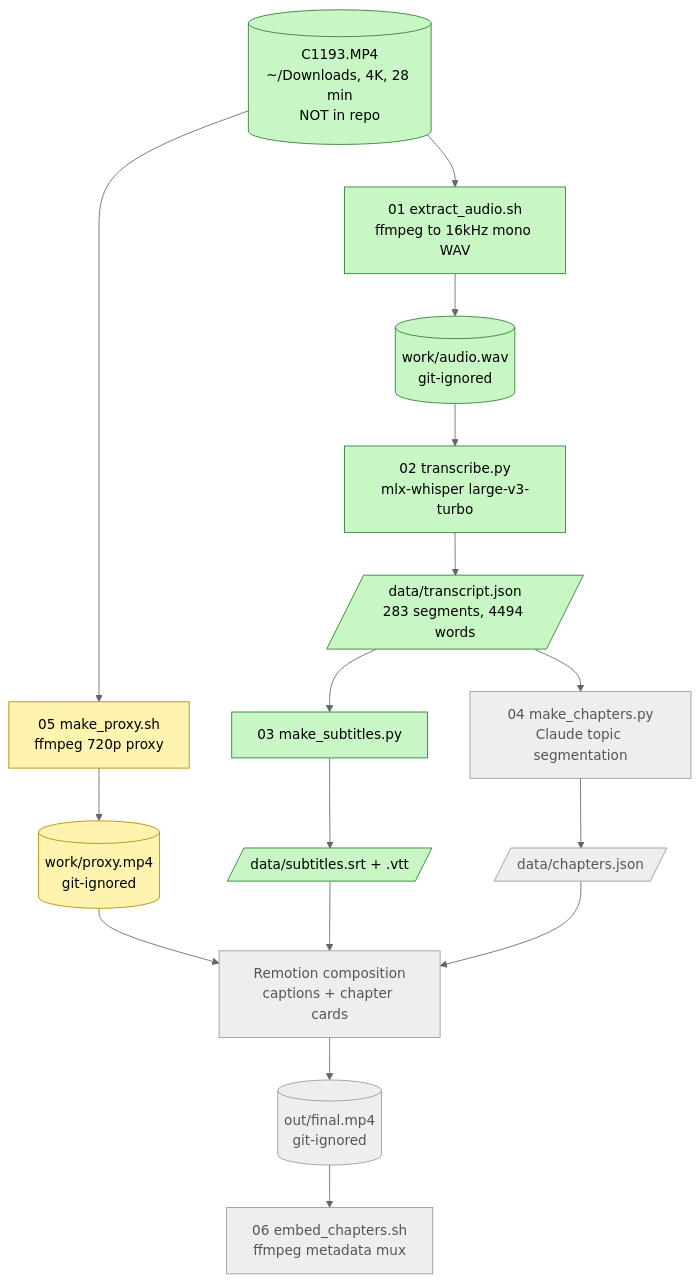
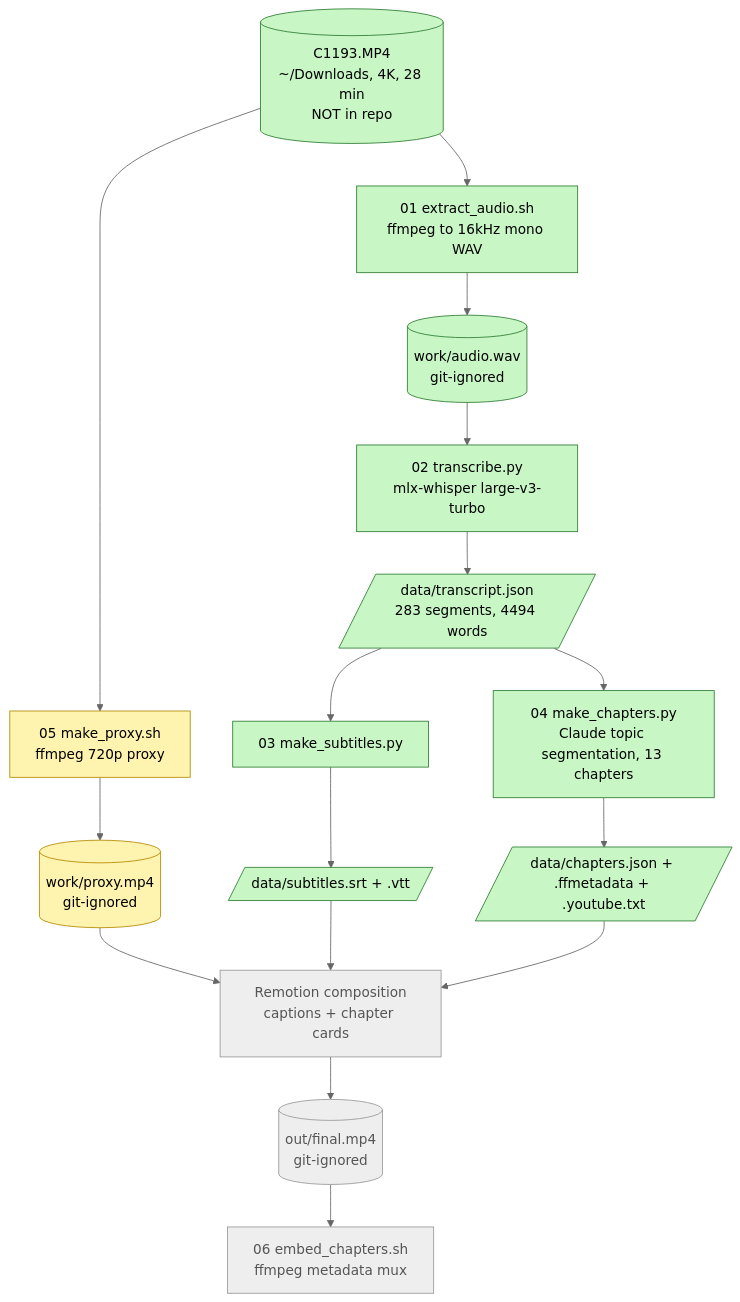
Before and after one commit to rifaterdemsahin/2026-W46_Delivery_Pilot_Interview: the diagram in README.md, drawn with Mermaid (neutral theme). The commit also changed other lines of this file and 5 other files, not shown here.

Commit message:
Add AI-generated chapters (JSON, ffmetadata, YouTube list); update diagram

````diff
--- a/README.md
+++ b/README.md
@@ -11,30 +11,30 @@
 ```mermaid
 flowchart TD
     SRC[("C1193.MP4<br/>~/Downloads, 4K, 28 min<br/>NOT in repo")]:::done
     S1["01 extract_audio.sh<br/>ffmpeg to 16kHz mono WAV"]:::done
     WAV[("work/audio.wav<br/>git-ignored")]:::done
     S2["02 transcribe.py<br/>mlx-whisper large-v3-turbo"]:::done
     TJ[/"data/transcript.json<br/>283 segments, 4494 words"/]:::done
     S3["03 make_subtitles.py"]:::done
     SUB[/"data/subtitles.srt + .vtt"/]:::done
-    S4["04 make_chapters.py<br/>Claude topic segmentation"]:::todo
-    CH[/"data/chapters.json"/]:::todo
+    S4["04 make_chapters.py<br/>Claude topic segmentation, 13 chapters"]:::done
+    CH[/"data/chapters.json + .ffmetadata + .youtube.txt"/]:::done
     S5["05 make_proxy.sh<br/>ffmpeg 720p proxy"]:::wip
     PX[("work/proxy.mp4<br/>git-ignored")]:::wip
     RM["Remotion composition<br/>captions + chapter cards"]:::todo
     OUT[("out/final.mp4<br/>git-ignored")]:::todo
     S8["06 embed_chapters.sh<br/>ffmpeg metadata mux"]:::todo
 
     SRC --> S1 --> WAV --> S2 --> TJ
     TJ --> S3 --> SUB
     TJ --> S4 --> CH
     SRC --> S5 --> PX
     PX --> RM
     SUB --> RM
     CH --> RM
     RM --> OUT --> S8
 
     classDef done fill:#c8f7c5,stroke:#2e7d32,color:#000
     classDef wip fill:#fff3b0,stroke:#b58900,color:#000
     classDef todo fill:#eee,stroke:#999,color:#555
 ```
````
